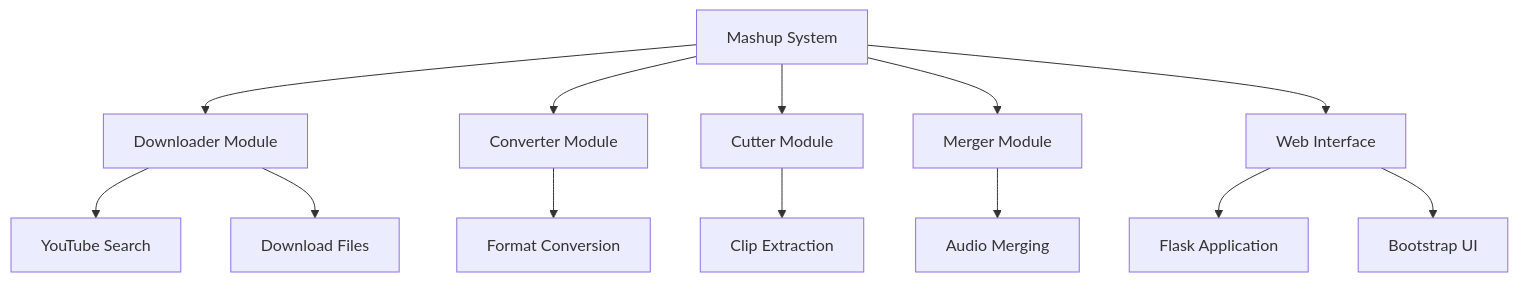
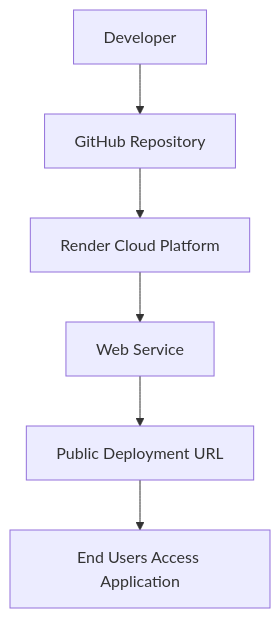
The third of 4 diagrams in README.md (Manleen123-dev/Mashup_102303599), drawn with Mermaid before and after one commit. The commit also changed other lines of this file, not shown here.

Commit message:
Added deployment link

````diff
--- a/README.md
+++ b/README.md
@@ -72,20 +74,8 @@
 ``` mermaid
-graph TD
-    A[Mashup System] --> B[Downloader Module]
-    A --> C[Converter Module]
-    A --> D[Cutter Module]
-    A --> E[Merger Module]
-    A --> F[Web Interface]
-
-    B --> B1[YouTube Search]
-    B --> B2[Download Files]
-
-    C --> C1[Format Conversion]
-
-    D --> D1[Clip Extraction]
-
-    E --> E1[Audio Merging]
-
-    F --> F1[Flask Application]
-    F --> F2[Bootstrap UI]
+flowchart TD
+    A[Developer] --> B[GitHub Repository]
+    B --> C[Render Cloud Platform]
+    C --> D[Web Service]
+    D --> E[Public Deployment URL]
+    E --> F[End Users Access Application]
 ```
````
